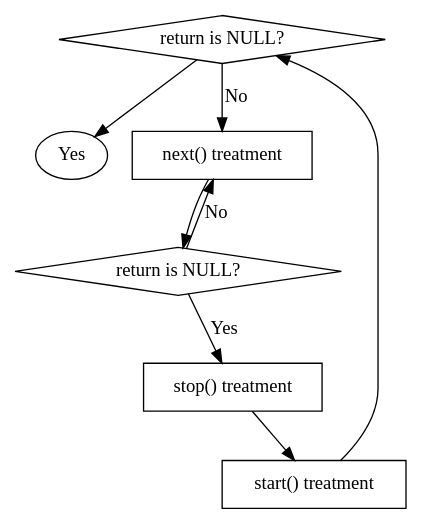
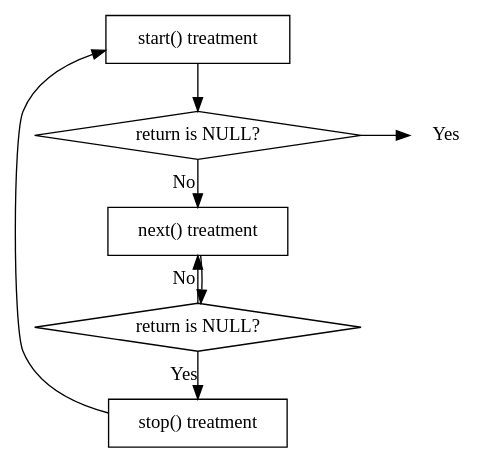
The diagram in LKMPG-3.16.org (taikt/LKMPG), drawn with Graphviz before and after one commit. The commit also changed 2 other files, not shown here.

Commit message:
dot diagram

```diff
--- a/LKMPG-3.16.org
+++ b/LKMPG-3.16.org
@@ -1493,17 +1493,24 @@
 #+BEGIN_SRC dot :file img/seq_file.png
 digraph seq_file {
-    yesnull [label="Yes" border=0];
+    rankdir="LR";
+    yesnull [label="Yes" penwidth=0];
     returnnull1 [label="return is NULL?" shape=diamond];
     returnnull2 [label="return is NULL?" shape=diamond];
     start [label="start() treatment" shape=box];
     next [label="next() treatment" shape=box];
     stop [label="stop() treatment" shape=box];
+
+    { rank=source; start; returnnull1; }
+    { rank=source; returnnull1; next; }
+    { rank=source; next; returnnull2; }
+    { rank=source; returnnull2; stop; }
+
     start -> returnnull1;
     returnnull1 -> next [label="No"];
     returnnull1 -> yesnull;
     next -> returnnull2;
     returnnull2 -> next [label="No"];
     returnnull2 -> stop [label="Yes"];
     stop -> start;
 }
 #+END_SRC
```
